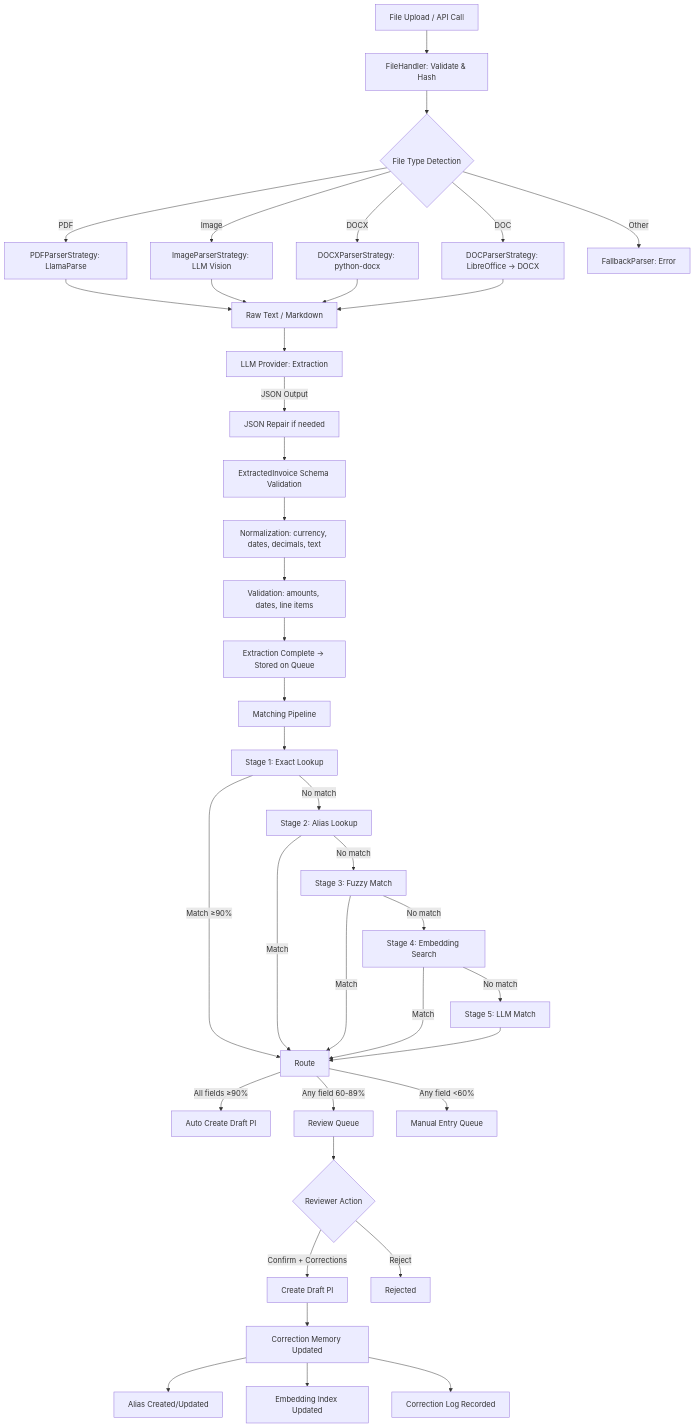
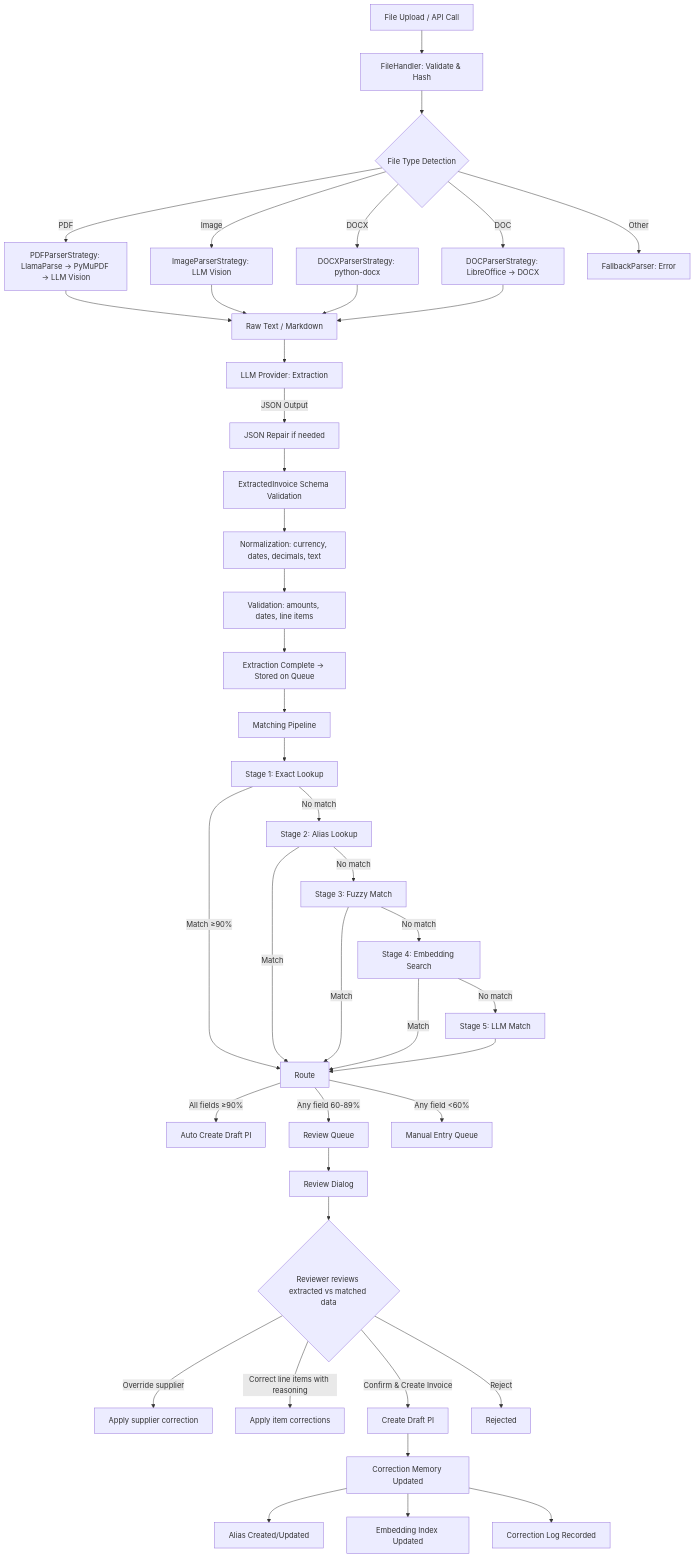
Before and after one commit to venkat102/invoice-automation: the first of 3 diagrams in docs/SYSTEM_FLOW.md, drawn with Mermaid. The commit also changed other lines of this file and 19 other files, not shown here.

````diff
--- a/docs/SYSTEM_FLOW.md
+++ b/docs/SYSTEM_FLOW.md
@@ -5,47 +5,50 @@
 ```mermaid
 flowchart TD
     A[File Upload / API Call] --> B[FileHandler: Validate & Hash]
     B --> C{File Type Detection}
-    C -->|PDF| D1[PDFParserStrategy: LlamaParse]
+    C -->|PDF| D1[PDFParserStrategy: LlamaParse → PyMuPDF → LLM Vision]
     C -->|Image| D2[ImageParserStrategy: LLM Vision]
     C -->|DOCX| D3[DOCXParserStrategy: python-docx]
     C -->|DOC| D4[DOCParserStrategy: LibreOffice → DOCX]
     C -->|Other| D5[FallbackParser: Error]
 
     D1 --> E[Raw Text / Markdown]
     D2 --> E
     D3 --> E
     D4 --> E
 
     E --> F[LLM Provider: Extraction]
     F -->|JSON Output| G[JSON Repair if needed]
     G --> H[ExtractedInvoice Schema Validation]
     H --> I[Normalization: currency, dates, decimals, text]
     I --> J[Validation: amounts, dates, line items]
     J --> K[Extraction Complete → Stored on Queue]
 
     K --> L[Matching Pipeline]
     L --> M[Stage 1: Exact Lookup]
     M -->|Match ≥90%| R[Route]
     M -->|No match| N[Stage 2: Alias Lookup]
     N -->|Match| R
     N -->|No match| O[Stage 3: Fuzzy Match]
     O -->|Match| R
     O -->|No match| P[Stage 4: Embedding Search]
     P -->|Match| R
     P -->|No match| Q[Stage 5: LLM Match]
     Q --> R
 
     R -->|All fields ≥90%| S[Auto Create Draft PI]
     R -->|Any field 60-89%| T[Review Queue]
     R -->|Any field <60%| U[Manual Entry Queue]
 
-    T --> V{Reviewer Action}
-    V -->|Confirm + Corrections| W[Create Draft PI]
-    V -->|Reject| X[Rejected]
+    T --> V[Review Dialog]
+    V --> V1{Reviewer reviews extracted vs matched data}
+    V1 -->|Override supplier| V2[Apply supplier correction]
+    V1 -->|Correct line items with reasoning| V3[Apply item corrections]
+    V1 -->|Confirm & Create Invoice| W[Create Draft PI]
+    V1 -->|Reject| X[Rejected]
 
     W --> Y[Correction Memory Updated]
     Y --> Z1[Alias Created/Updated]
     Y --> Z2[Embedding Index Updated]
     Y --> Z3[Correction Log Recorded]
 ```
````
